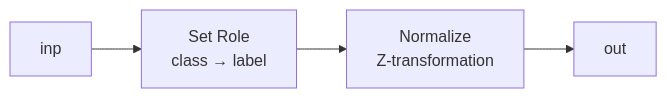
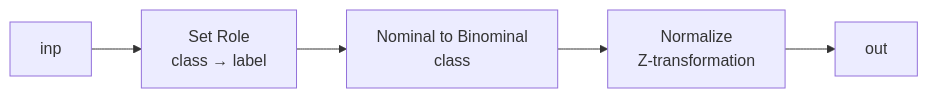
One commit to zhizhunbao/aisd changed the eighth of 13 diagrams in courses/ml/labs/Lab5_RapidMiner_Build_Guide.md. Above: the diagram before and after it, drawn with Mermaid. The commit also changed other lines of this file and 5 other files, not shown here.

````diff
--- a/courses/ml/labs/Lab5_RapidMiner_Build_Guide.md
+++ b/courses/ml/labs/Lab5_RapidMiner_Build_Guide.md
@@ -344,6 +365,7 @@
 ```mermaid
 flowchart LR
     inp["inp"] --> SR["Set Role<br>class → label"]
-    SR --> NORM["Normalize<br>Z-transformation"]
+    SR --> N2B["Nominal to Binominal<br>class"]
+    N2B --> NORM["Normalize<br>Z-transformation"]
     NORM --> out["out"]
 ```
````
